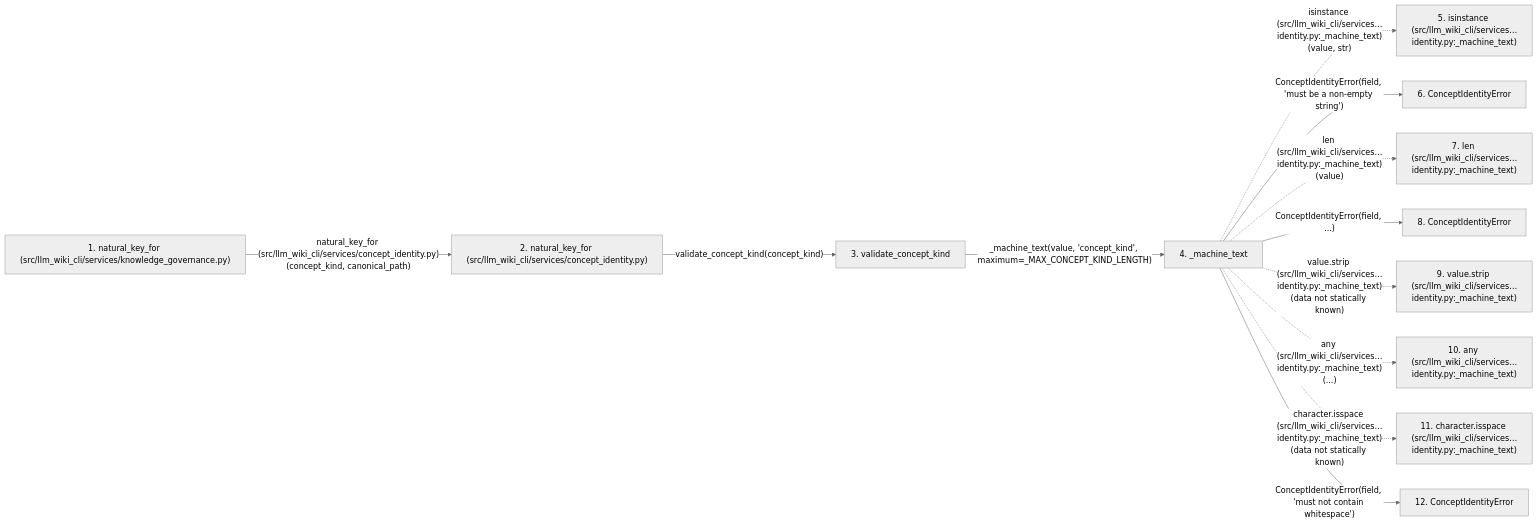
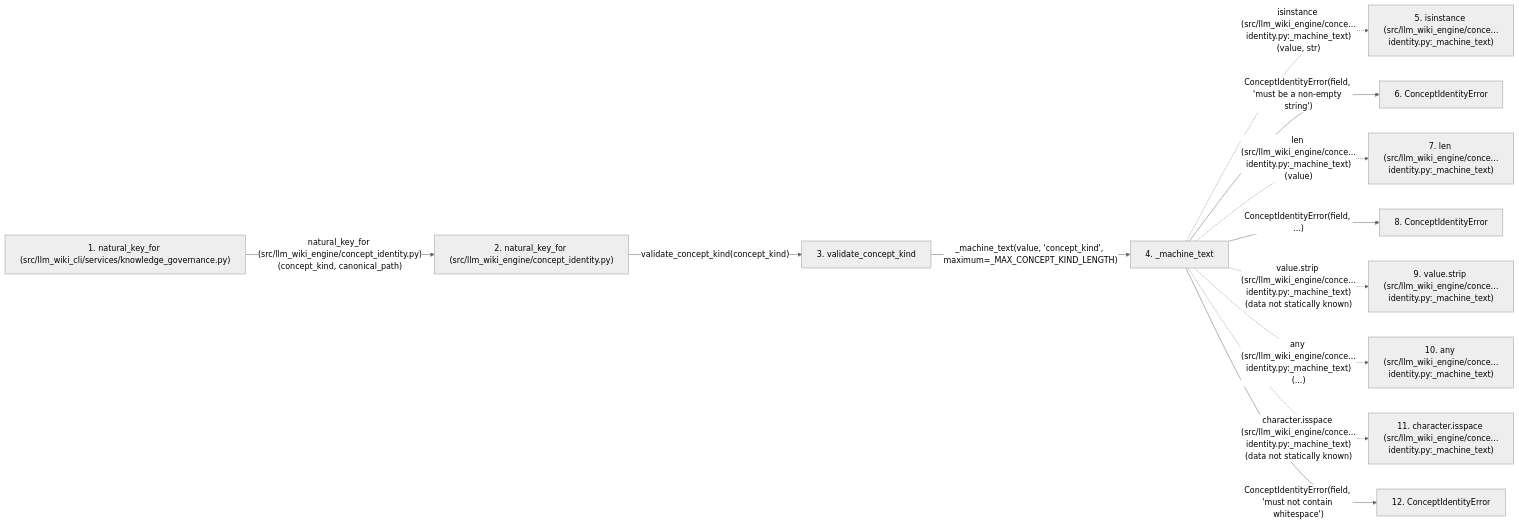
Before and after one commit to Denissvgn/python-wiki-llm: the second of 2 diagrams in docs/llm_wiki/flows/api-natural_key_for.md, drawn with Mermaid (neutral theme). The commit also changed other lines of this file and 1103 other files, not shown here.

First line of the commit message:
docs: refresh the wiki for the llm-wiki-engine distribution

````diff
--- a/docs/llm_wiki/flows/api-natural_key_for.md
+++ b/docs/llm_wiki/flows/api-natural_key_for.md
@@ -126,33 +126,33 @@
 ```mermaid
 flowchart LR
     s1["1. natural_key_for (src/llm_wiki_cli/services/knowledge_governance.py)"]
-    s2["2. natural_key_for (src/llm_wiki_cli/services/concept_identity.py)"]
+    s2["2. natural_key_for (src/llm_wiki_engine/concept_identity.py)"]
     s3["3. validate_concept_kind"]
     s4["4. _machine_text"]
-    s5["5. isinstance (src/llm_wiki_cli/services…identity.py:_machine_text)"]
+    s5["5. isinstance (src/llm_wiki_engine/conce…identity.py:_machine_text)"]
     s6["6. ConceptIdentityError"]
-    s7["7. len (src/llm_wiki_cli/services…identity.py:_machine_text)"]
+    s7["7. len (src/llm_wiki_engine/conce…identity.py:_machine_text)"]
     s8["8. ConceptIdentityError"]
-    s9["9. value.strip (src/llm_wiki_cli/services…identity.py:_machine_text)"]
-    s10["10. any (src/llm_wiki_cli/services…identity.py:_machine_text)"]
-    s11["11. character.isspace (src/llm_wiki_cli/services…identity.py:_machine_text)"]
+    s9["9. value.strip (src/llm_wiki_engine/conce…identity.py:_machine_text)"]
+    s10["10. any (src/llm_wiki_engine/conce…identity.py:_machine_text)"]
+    s11["11. character.isspace (src/llm_wiki_engine/conce…identity.py:_machine_text)"]
     s12["12. ConceptIdentityError"]
-    s1 -->|"natural_key_for (src/llm_wiki_cli/services/concept_identity.py)(concept_kind, canonical_path)"| s2
+    s1 -->|"natural_key_for (src/llm_wiki_engine/concept_identity.py)(concept_kind, canonical_path)"| s2
     s2 -->|"validate_concept_kind(concept_kind)"| s3
     s3 -->|"_machine_text(value, 'concept_kind', maximum=_MAX_CONCEPT_KIND_LENGTH)"| s4
-    s4 -. "isinstance (src/llm_wiki_cli/services…identity.py:_machine_text)(value, str)" .-> s5
+    s4 -. "isinstance (src/llm_wiki_engine/conce…identity.py:_machine_text)(value, str)" .-> s5
     s4 -->|"ConceptIdentityError(field, 'must be a non-empty string')"| s6
-    s4 -. "len (src/llm_wiki_cli/services…identity.py:_machine_text)(value)" .-> s7
+    s4 -. "len (src/llm_wiki_engine/conce…identity.py:_machine_text)(value)" .-> s7
     s4 -->|"ConceptIdentityError(field, ...)"| s8
-    s4 -. "value.strip (src/llm_wiki_cli/services…identity.py:_machine_text)(data not statically known)" .-> s9
-    s4 -. "any (src/llm_wiki_cli/services…identity.py:_machine_text)(...)" .-> s10
-    s4 -. "character.isspace (src/llm_wiki_cli/services…identity.py:_machine_text)(data not statically known)" .-> s11
+    s4 -. "value.strip (src/llm_wiki_engine/conce…identity.py:_machine_text)(data not statically known)" .-> s9
+    s4 -. "any (src/llm_wiki_engine/conce…identity.py:_machine_text)(...)" .-> s10
+    s4 -. "character.isspace (src/llm_wiki_engine/conce…identity.py:_machine_text)(data not statically known)" .-> s11
     s4 -->|"ConceptIdentityError(field, 'must not contain whitespace')"| s12
     click s1 "../modules/knowledge_governance.md"
     click s2 "../modules/concept_identity.md"
     click s3 "../modules/concept_identity.md"
     click s4 "../modules/concept_identity.md"
     click s6 "../modules/concept_identity.md"
     click s8 "../modules/concept_identity.md"
     click s12 "../modules/concept_identity.md"
 ```
````
